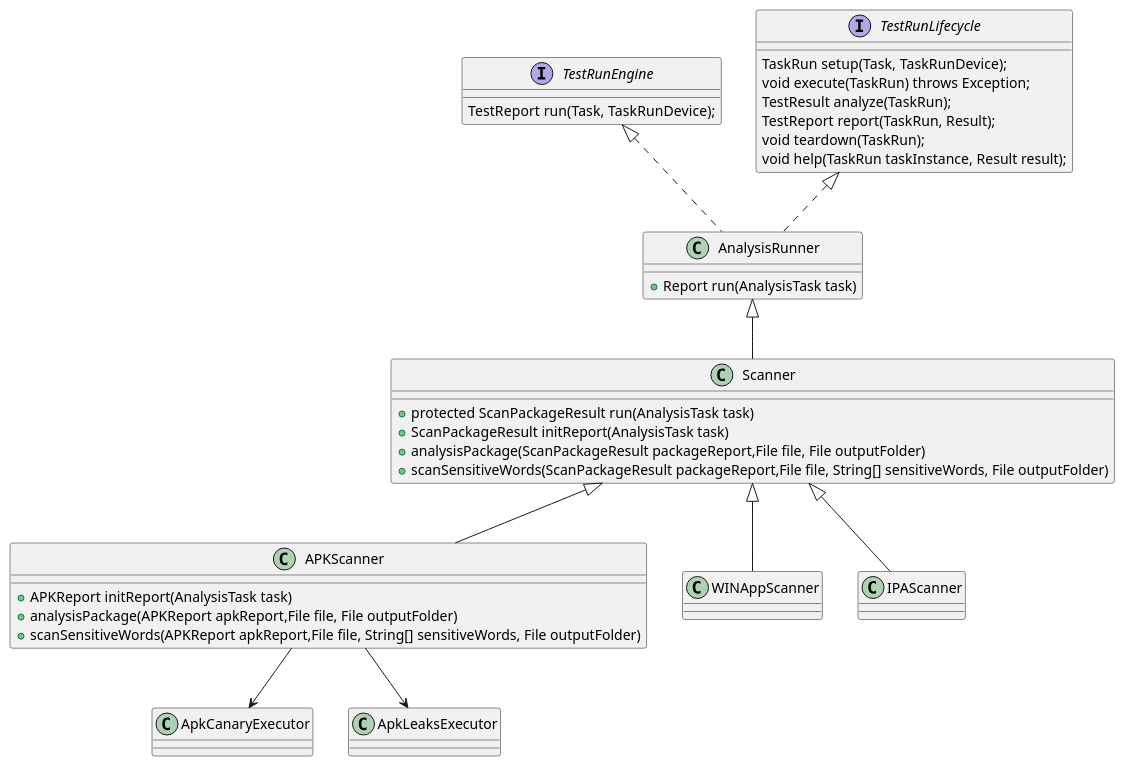
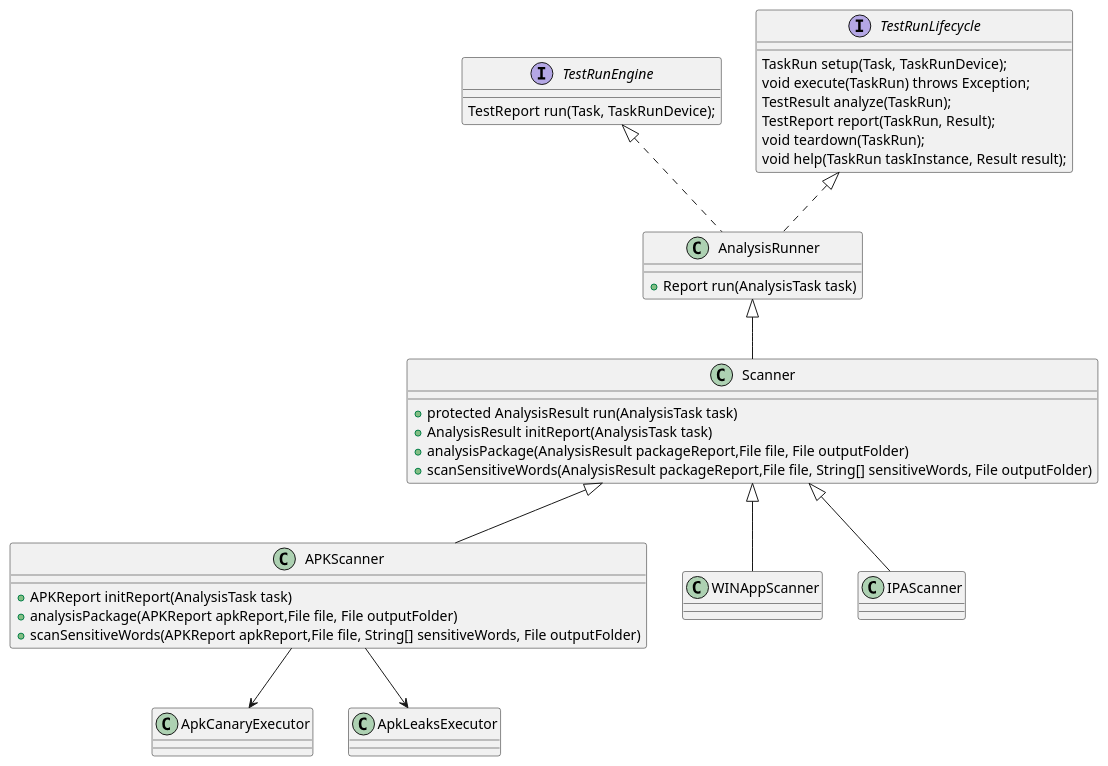
One commit to microsoft/HydraLab changed the first of 3 diagrams in agent/doc/UML/package_scanner_design.puml. Above: the diagram before and after it, drawn with PlantUML. The commit also changed other lines of this file and 2 other files, not shown here.

```diff
--- a/agent/doc/UML/package_scanner_design.puml
+++ b/agent/doc/UML/package_scanner_design.puml
@@ -1,35 +1,35 @@
 @startuml packageScanner
 interface TestRunEngine {
     TestReport run(Task, TaskRunDevice);
 }
 interface TestRunLifecycle {
     TaskRun setup(Task, TaskRunDevice);
     void execute(TaskRun) throws Exception;
     TestResult analyze(TaskRun);
     TestReport report(TaskRun, Result);
     void teardown(TaskRun);
     void help(TaskRun taskInstance, Result result);
 }
 class AnalysisRunner implements TestRunEngine,TestRunLifecycle{
     +Report run(AnalysisTask task)
 
 }
 class Scanner extends AnalysisRunner{
-    +protected ScanPackageResult run(AnalysisTask task)
-    +ScanPackageResult initReport(AnalysisTask task)
-    +analysisPackage(ScanPackageResult packageReport,File file, File outputFolder)
-    +scanSensitiveWords(ScanPackageResult packageReport,File file, String[] sensitiveWords, File outputFolder)
+    +protected AnalysisResult run(AnalysisTask task)
+    +AnalysisResult initReport(AnalysisTask task)
+    +analysisPackage(AnalysisResult packageReport,File file, File outputFolder)
+    +scanSensitiveWords(AnalysisResult packageReport,File file, String[] sensitiveWords, File outputFolder)
 }
 class ApkCanaryExecutor {}
 class ApkLeaksExecutor{}
 class APKScanner extends Scanner {
     +APKReport initReport(AnalysisTask task)
     +analysisPackage(APKReport apkReport,File file, File outputFolder)
     +scanSensitiveWords(APKReport apkReport,File file, String[] sensitiveWords, File outputFolder)
 }
 APKScanner --> ApkCanaryExecutor
 APKScanner --> ApkLeaksExecutor
 class WINAppScanner extends Scanner {}
 class IPAScanner extends Scanner {}
 
 @enduml
```
